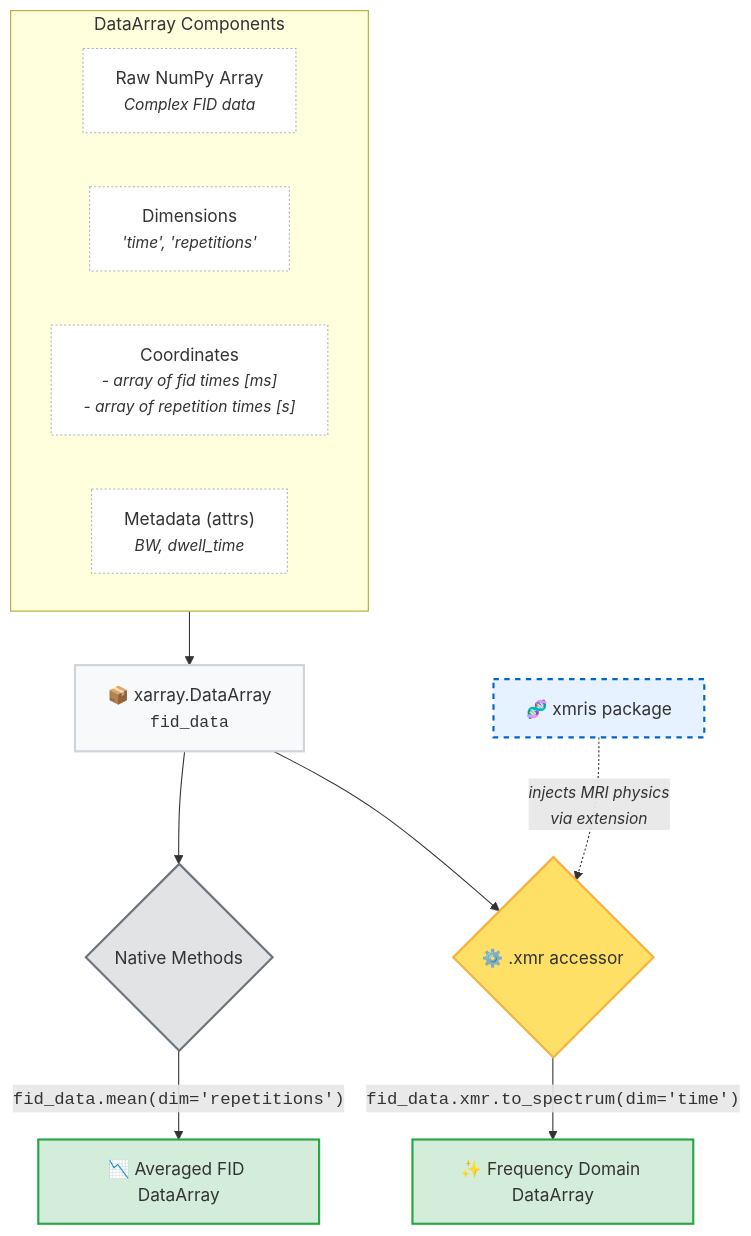
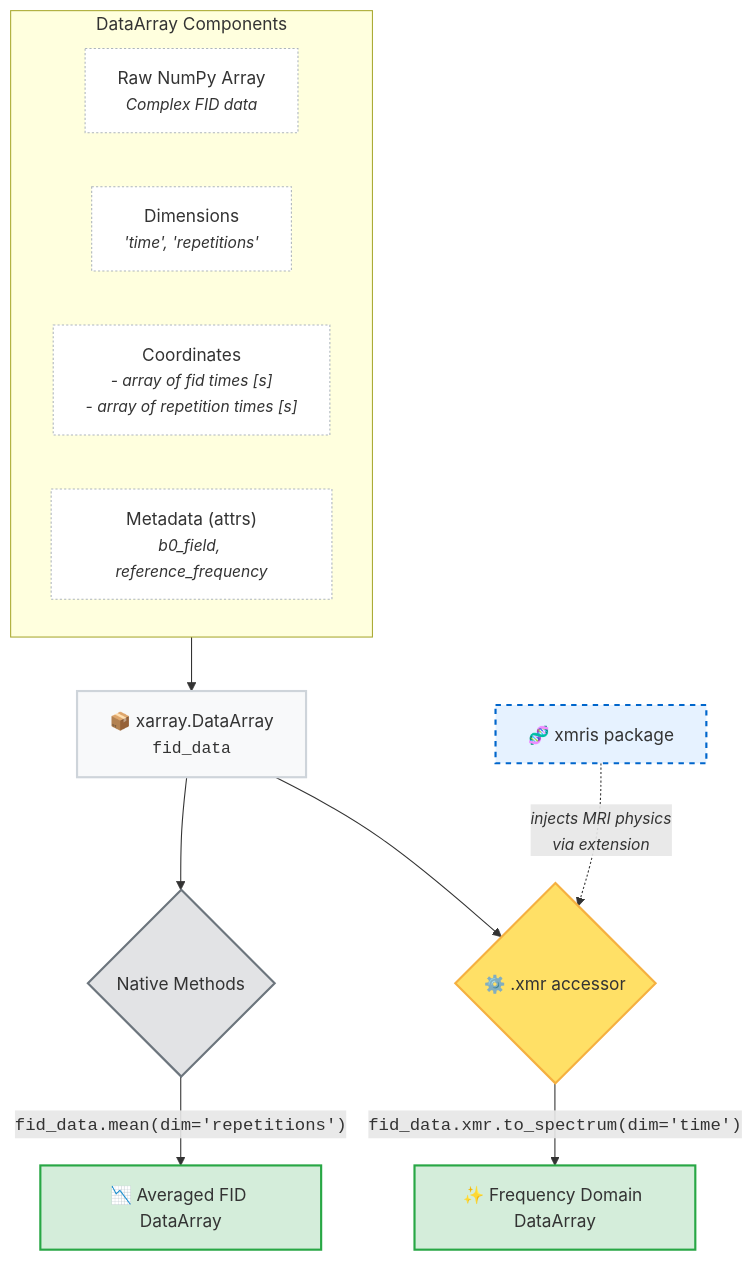
The diagram in docs/index.md (andrewendlinger/xmris), drawn with Mermaid before and after one commit. The commit also changed other lines of this file and 2 other files, not shown here.

````diff
--- a/docs/index.md
+++ b/docs/index.md
@@ -72,34 +87,34 @@
 ```mermaid
 flowchart TD
     %% 1. Reusable Class Definitions
     classDef component fill:#ffffff,stroke:#adb5bd,stroke-width:1px,stroke-dasharray: 2 2
     classDef dataArray fill:#f8f9fa,stroke:#ced4da,stroke-width:2px
     classDef accessor fill:#ffe066,stroke:#f5b041,stroke-width:2px,color:#333
     classDef native fill:#e2e3e5,stroke:#6c757d,stroke-width:2px,color:#333
     classDef output fill:#d4edda,stroke:#28a745,stroke-width:2px
     classDef package fill:#e6f2ff,stroke:#0066cc,stroke-width:2px,stroke-dasharray: 5 5
 
-    %% 2. The building blocks 
+    %% 2. The building blocks
     subgraph Components ["DataArray Components"]
         direction LR
         NP["Raw NumPy Array<br><span style='color:#6c757d; font-size:0.9em; font-style:italic;'>Complex FID data</span>"]:::component
         Dims["Dimensions<br><span style='color:#6c757d; font-size:0.9em; font-style:italic;'>'time', 'repetitions'</span>"]:::component
-        Coords["Coordinates<br><span style='color:#6c757d; font-size:0.9em; font-style:italic;'>- array of fid times [ms]<br>- array of repetition times [s]</span>"]:::component
-        Meta["Metadata (attrs)<br><span style='color:#6c757d; font-size:0.9em; font-style:italic;'>BW, dwell_time</span>"]:::component
+        Coords["Coordinates<br><span style='color:#6c757d; font-size:0.9em; font-style:italic;'>- array of fid times [s]<br>- array of repetition times [s]</span>"]:::component
+        Meta["Metadata (attrs)<br><span style='color:#6c757d; font-size:0.9em; font-style:italic;'>b0_field, reference_frequency</span>"]:::component
     end
 
     %% 3. The Core Object
     Components --> In["📦 xarray.DataArray<br><span style='color:#6c757d; font-size:0.95em; font-family:monospace;'>fid_data</span>"]:::dataArray
 
     %% 4a. The Native xarray benefit
     In --> Nat{"Native Methods"}:::native
     Nat -->|"<span style='font-family:monospace;'>fid_data.mean(dim='repetitions')</span>"| OutNat["📉 Averaged FID DataArray"]:::output
 
     %% 4b. The Custom processing pipeline
     In --> Acc{"⚙️ .xmr accessor"}:::accessor
     Acc -->|"<span style='font-family:monospace;'>fid_data.xmr.to_spectrum(dim='time')</span>"| Out["✨ Frequency Domain DataArray"]:::output
 
     %% 5. Package injection
     Pkg["🧬 xmris package"]:::package -.->|"<span style='color:#6c757d; font-size:0.9em; font-style:italic;'>injects MRI physics<br>via extension</span>"| Acc
 
 ```
````
